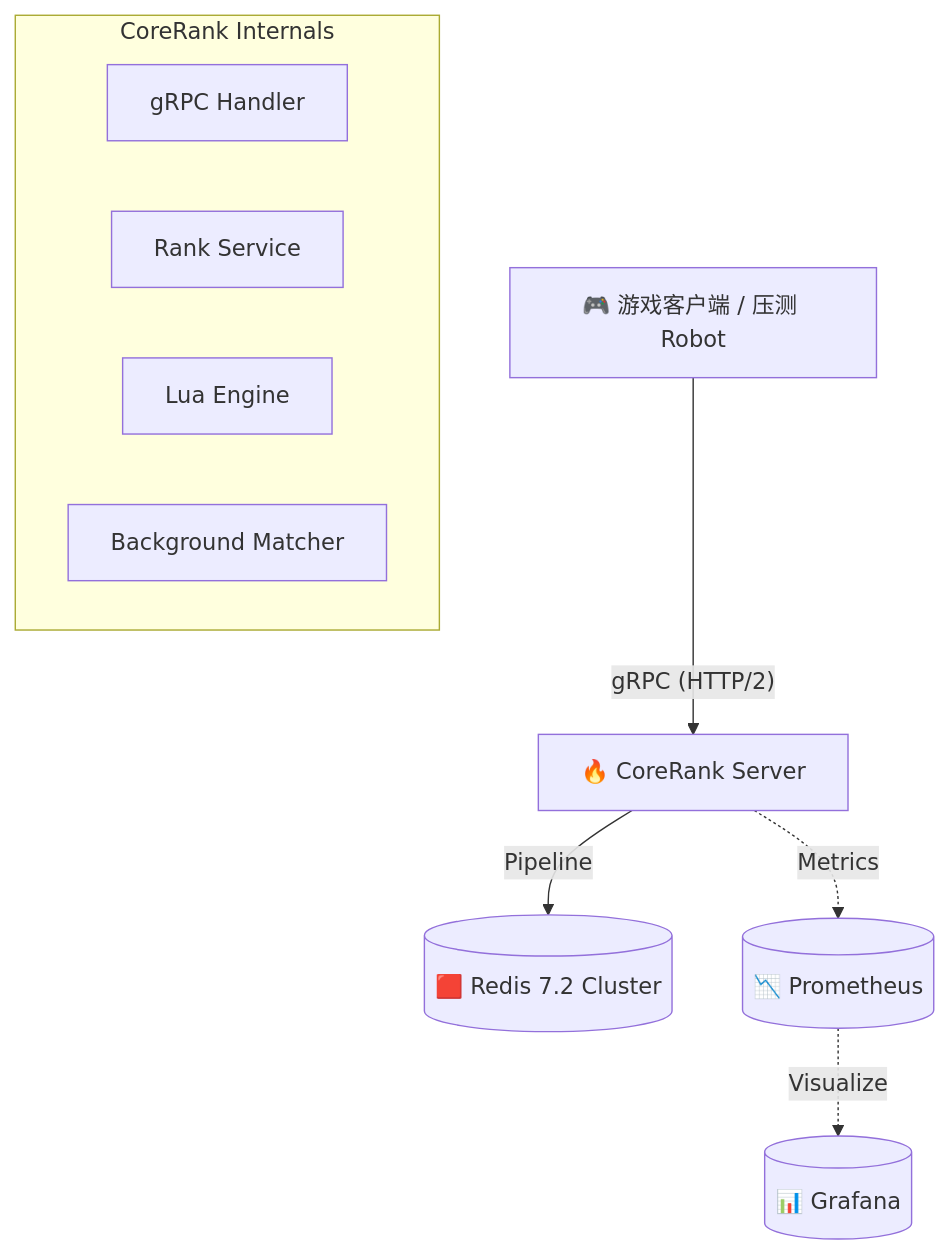
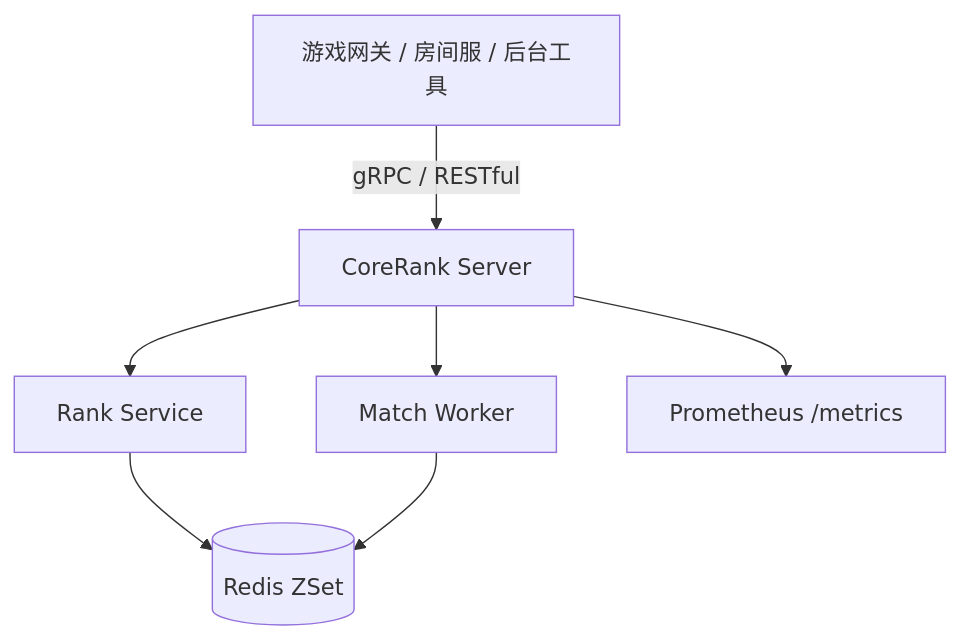
The diagram in README.md (jingjie2002/CoreRank), drawn with Mermaid before and after one commit. The commit also changed other lines of this file and 3 other files, not shown here.

````diff
--- a/README.md
+++ b/README.md
@@ -34,14 +47,9 @@
 ```mermaid
 graph TB
-    Client["🎮 游戏客户端 / 压测 Robot"] -- "gRPC (HTTP/2)" --> Server["🔥 CoreRank Server"]
-    Server -- "Pipeline" --> Redis[("🟥 Redis 7.2 Cluster")]
-    Server -. "Metrics" .-> Prometheus[("📉 Prometheus")]
-    Prometheus -. "Visualize" .-> Grafana[("📊 Grafana")]
-
-    subgraph "CoreRank Internals"
-        Handler["gRPC Handler"]
-        Service["Rank Service"]
-        Lua["Lua Engine"]
-        Worker["Background Matcher"]
-    end
+    GameService["游戏网关 / 房间服 / 后台工具"] -->|"gRPC / RESTful"| CoreRank["CoreRank Server"]
+    CoreRank --> RankService["Rank Service"]
+    CoreRank --> MatchWorker["Match Worker"]
+    RankService --> Redis[("Redis ZSet")]
+    MatchWorker --> Redis
+    CoreRank --> Metrics["Prometheus /metrics"]
 ```
````
